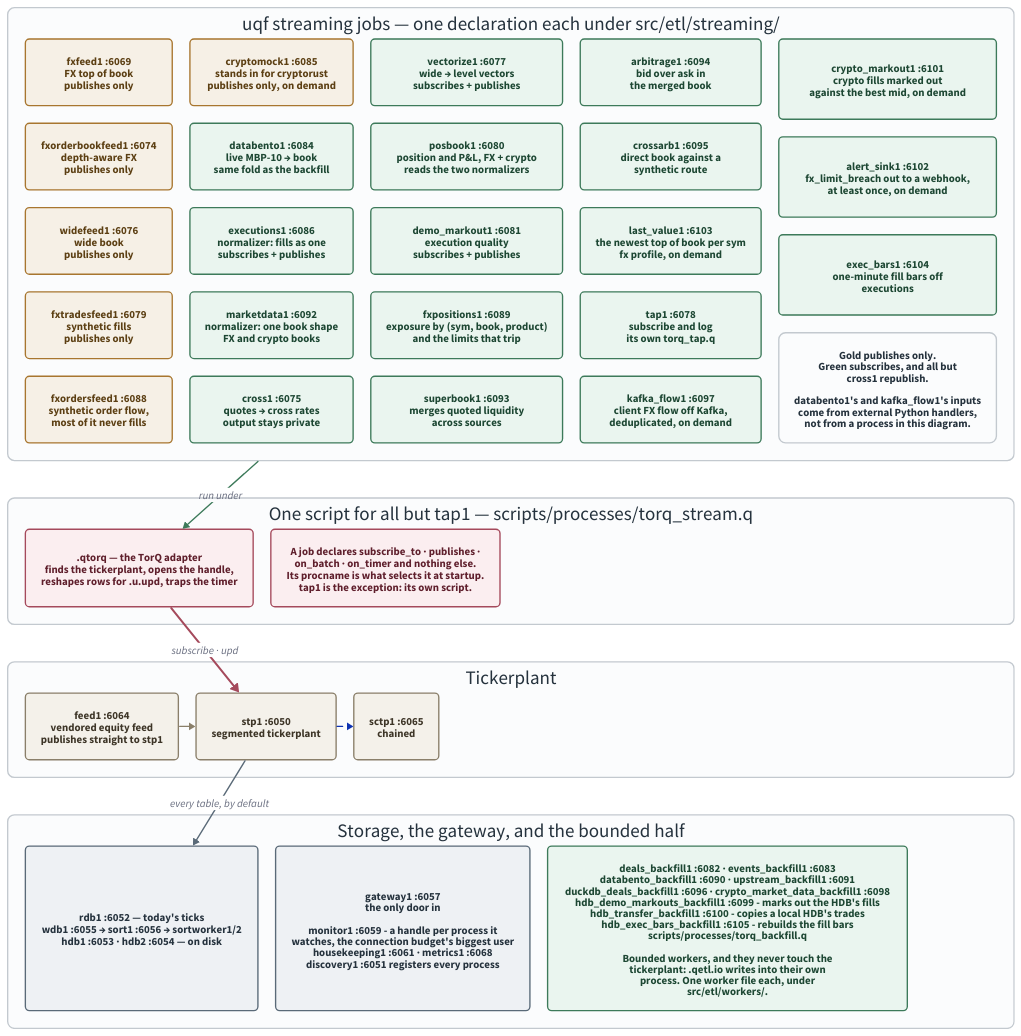
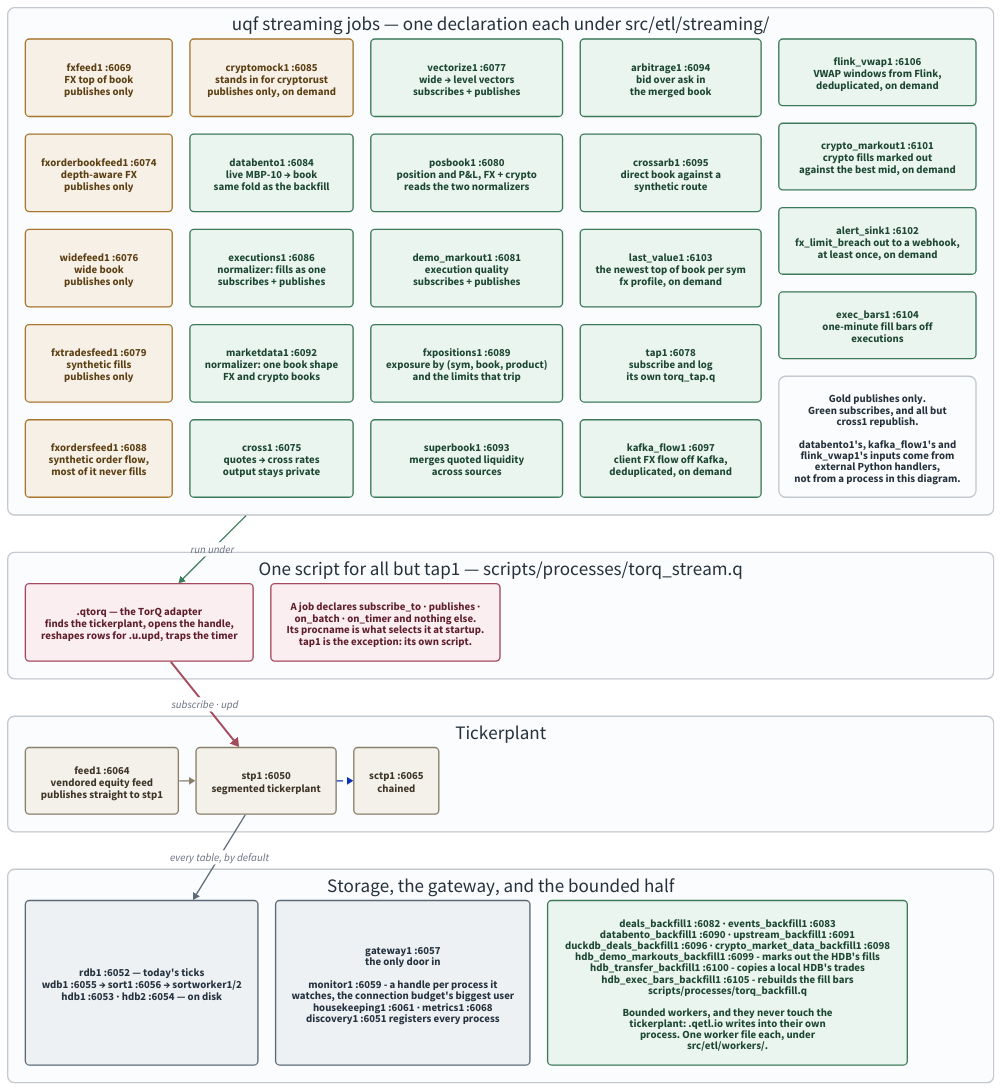
The diagram in docs/diagrams/stack-topology.d2 (kwojdalski/uqf), drawn with D2 before and after one commit. The commit also changed 28 other files, not shown here.

First line of the commit message:
An Apache Flink example, flink_vwap; master's KDB-X hooks pass on macOS again

```diff
--- a/docs/diagrams/stack-topology.d2
+++ b/docs/diagrams/stack-topology.d2
@@ -1,170 +1,171 @@
 # stack-topology.d2 - who connects to whom over IPC in the running stack.
 #
 # Rendered by scripts/generate/render_diagrams.py, which CI runs with
 # --check. Embedded from docs/architecture/stack.md.
 #
 # Ports are the defaults at base 6050; every one is {KDBBASEPORT}+offset, so
 # a different base shifts them all together. The authority for the offsets
 # is docs/reference/processes.md, which is GENERATED from the
 # pipeline registry - if this diagram and that table disagree, the table is
 # right.
 #
 # WHAT THIS SHOWS THAT THE MERMAID VERSION DID NOT (#245).
 #
 # Every uqf streaming process but tap1 runs the SAME script. Since #204 a
 # streaming job is a declaration under src/etl/streaming/ and
 # processes/torq_stream.q is the one runner; which job a process runs is
 # decided by its procname at startup. The old diagram drew a script per
 # process, which is what the stack looked like before .qetl.job.stream and is the
 # single most misleading thing about it.
 #
 # The two connection patterns are still real and still different - publish
 # only, versus an access-listed subscribe - but a job performs neither
 # itself now. .qtorq does both on its behalf, which is why the adapter is
 # drawn between the processes and the tickerplant rather than left out.
 #
 # Backfills are on here too, and were not before. They are the other half
 # of the ETL tree and they reach the tickerplant NOT AT ALL: a bounded
 # worker writes through .qetl.io into its own process, so its rows never
 # traverse stp1. Drawing them beside the streaming jobs is the point - the
 # two halves look alike in the code and take completely different paths to
 # storage.
 
 direction: down
 
 grid-rows: 4
 grid-gap: 55
 
 vars: {
   d2-config: {
     pad: 40
   }
 }
 
 # Same palette as repo-overview.d2, so the set reads as one system: light
 # fills with dark text in both themes rather than a --dark-theme pairing,
 # which d2 still applies explicit styles over (d2lang/d2#831).
 classes: {
   feed: {
     style: {
       fill: "#f6f0e6"
       stroke: "#a8762f"
       font-color: "#5c3f13"
       border-radius: 6
     }
   }
   job: {
     style: {
       fill: "#eaf5ef"
       stroke: "#3d7a5a"
       font-color: "#1d4733"
       border-radius: 6
     }
   }
   adapter: {
     style: {
       fill: "#fbeef0"
       stroke: "#a54a5c"
       font-color: "#5f1f2c"
       border-radius: 6
     }
   }
   store: {
     style: {
       fill: "#eef1f4"
       stroke: "#5a6a78"
       font-color: "#25323d"
       border-radius: 6
     }
   }
   vendored: {
     style: {
       fill: "#f4f1ea"
       stroke: "#8a7f6a"
       font-color: "#3d3527"
       border-radius: 6
     }
   }
   band: {
     style: {
       fill: "#fbfcfd"
       stroke: "#c3c9cf"
       font-color: "#25323d"
       stroke-width: 2
       border-radius: 10
     }
   }
 }
 
 jobs: "uqf streaming jobs — one declaration each under src/etl/streaming/" {
   class: band
   grid-columns: 5
   grid-gap: 26
 
   fxfeed1: "fxfeed1 :6069\nFX top of book\npublishes only" { class: feed }
   fxorderbookfeed1: "fxorderbookfeed1 :6074\ndepth-aware FX\npublishes only" { class: feed }
   widefeed1: "widefeed1 :6076\nwide book\npublishes only" { class: feed }
   fxtradesfeed1: "fxtradesfeed1 :6079\nsynthetic fills\npublishes only" { class: feed }
   fxordersfeed1: "fxordersfeed1 :6088\nsynthetic order flow,\nmost of it never fills" { class: feed }
 
   cryptomock1: "cryptomock1 :6085\nstands in for cryptorust\npublishes only, on demand" { class: feed }
   databento1: "databento1 :6084\nlive MBP-10 → book\nsame fold as the backfill" { class: job }
   executions1: "executions1 :6086\nnormalizer: fills as one\nsubscribes + publishes" { class: job }
   marketdata1: "marketdata1 :6092\nnormalizer: one book shape\nFX and crypto books" { class: job }
 
   cross1: "cross1 :6075\nquotes → cross rates\noutput stays private" { class: job }
   vectorize1: "vectorize1 :6077\nwide → level vectors\nsubscribes + publishes" { class: job }
   posbook1: "posbook1 :6080\nposition and P&L, FX + crypto\nreads the two normalizers" { class: job }
   demo_markout1: "demo_markout1 :6081\nexecution quality\nsubscribes + publishes" { class: job }
   fxpositions1: "fxpositions1 :6089\nexposure by (sym, book, product)\nand the limits that trip" { class: job }
 
   superbook1: "superbook1 :6093\nmerges quoted liquidity\nacross sources" { class: job }
   arbitrage1: "arbitrage1 :6094\nbid over ask in\nthe merged book" { class: job }
   crossarb1: "crossarb1 :6095\ndirect book against a\nsynthetic route" { class: job }
   last_value1: "last_value1 :6103\nthe newest top of book per sym\nfx profile, on demand" { class: job }
   tap1: "tap1 :6078\nsubscribe and log\nits own torq_tap.q" { class: job }
   kafka_flow1: "kafka_flow1 :6097\nclient FX flow off Kafka,\ndeduplicated, on demand" { class: job }
+  flink_vwap1: "flink_vwap1 :6106\nVWAP windows from Flink,\ndeduplicated, on demand" { class: job }
   crypto_markout1: "crypto_markout1 :6101\ncrypto fills marked out\nagainst the best mid, on demand" { class: job }
   alert_sink1: "alert_sink1 :6102\nfx_limit_breach out to a webhook,\nat least once, on demand" { class: job }
   exec_bars1: "exec_bars1 :6104\none-minute fill bars off\nexecutions" { class: job }
-  legend: "Gold publishes only.\nGreen subscribes, and all but\ncross1 republish.\n\ndatabento1's and kafka_flow1's inputs\ncome from external Python handlers,\nnot from a process in this diagram." { class: band }
+  legend: "Gold publishes only.\nGreen subscribes, and all but\ncross1 republish.\n\ndatabento1's, kafka_flow1's and\nflink_vwap1's inputs come from\nexternal Python handlers,\nnot from a process in this diagram." { class: band }
 }
 
 runner: "One script for all but tap1 — scripts/processes/torq_stream.q" {
   class: band
   grid-columns: 2
   grid-gap: 26
 
   qtorq: ".qtorq — the TorQ adapter\nfinds the tickerplant, opens the handle,\nreshapes rows for .u.upd, traps the timer" { class: adapter }
   note: "A job declares subscribe_to · publishes ·\non_batch · on_timer and nothing else.\nIts procname is what selects it at startup.\ntap1 is the exception: its own script." { class: adapter }
 }
 
 tp: "Tickerplant" {
   class: band
   grid-columns: 3
   grid-gap: 26
 
   feed1: "feed1 :6064\nvendored equity feed\npublishes straight to stp1" { class: vendored }
   stp: "stp1 :6050\nsegmented tickerplant" { class: vendored }
   sctp: "sctp1 :6065\nchained" { class: vendored }
 
   feed1 -> stp { style.stroke: "#8a7f6a" }
   stp -> sctp { style.stroke-dash: 4 }
 }
 
 downstream: "Storage, the gateway, and the bounded half" {
   class: band
   grid-columns: 3
   grid-gap: 26
 
   storage: "rdb1 :6052 — today's ticks\nwdb1 :6055 → sort1 :6056 → sortworker1/2\nhdb1 :6053 · hdb2 :6054 — on disk" { class: store }
   gw: "gateway1 :6057\nthe only door in\n\nmonitor1 :6059 - a handle per process it\nwatches, the connection budget's biggest user\nhousekeeping1 :6061 · metrics1 :6068\ndiscovery1 :6051 registers every process" { class: store }
   backfills: "deals_backfill1 :6082 · events_backfill1 :6083\ndatabento_backfill1 :6090 · upstream_backfill1 :6091\nduckdb_deals_backfill1 :6096 · crypto_market_data_backfill1 :6098\nhdb_demo_markouts_backfill1 :6099 - marks out the HDB's fills\nhdb_transfer_backfill1 :6100 - copies a local HDB's trades\nhdb_exec_bars_backfill1 :6105 - rebuilds the fill bars\nscripts/processes/torq_backfill.q\n\nBounded workers, and they never touch the\ntickerplant: .qetl.io writes into their own\nprocess. One worker file each, under\nsrc/etl/workers/." { class: job }
 }
 
 jobs -> runner.qtorq: "run under" { style.stroke: "#3d7a5a" }
 runner.qtorq -> tp.stp: "subscribe · upd" {
   style.stroke: "#a54a5c"
   style.stroke-width: 3
 }
 tp.stp -> downstream.storage: "every table, by default" { style.stroke: "#5a6a78" }
```
